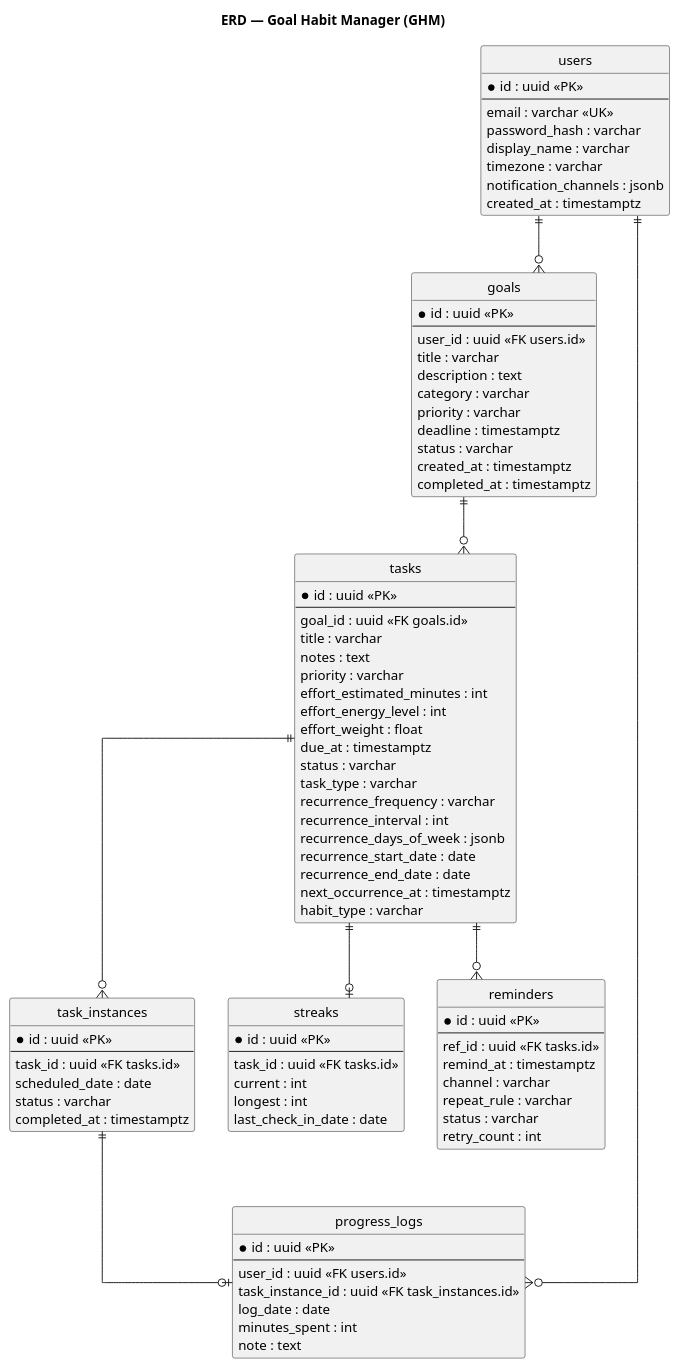
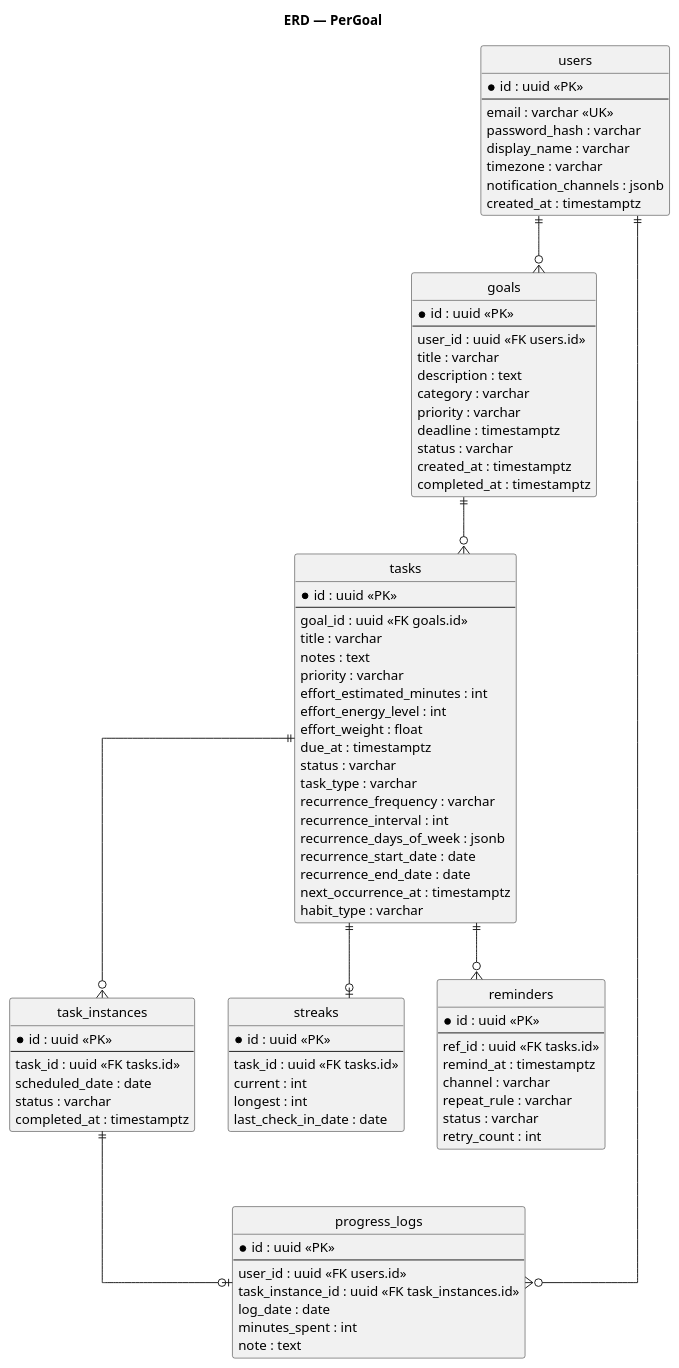
Before and after one commit to Musual-Moncra/MH-OOAD: the fourth of 10 diagrams in graphify-out/workflow/05-kien-truc-va-van-hanh.md, drawn with PlantUML. The commit also changed other lines of this file and 11 other files, not shown here.

Commit message:
Rename project to PerGoal and remove General Markdown.md

```diff
--- a/graphify-out/workflow/05-kien-truc-va-van-hanh.md
+++ b/graphify-out/workflow/05-kien-truc-va-van-hanh.md
@@ -362,7 +362,7 @@
 @startuml
 hide circle
 skinparam linetype ortho
-title ERD — Goal Habit Manager (GHM)
+title ERD — PerGoal
 
 entity "users" as users {
   * id : uuid <<PK>>
```
